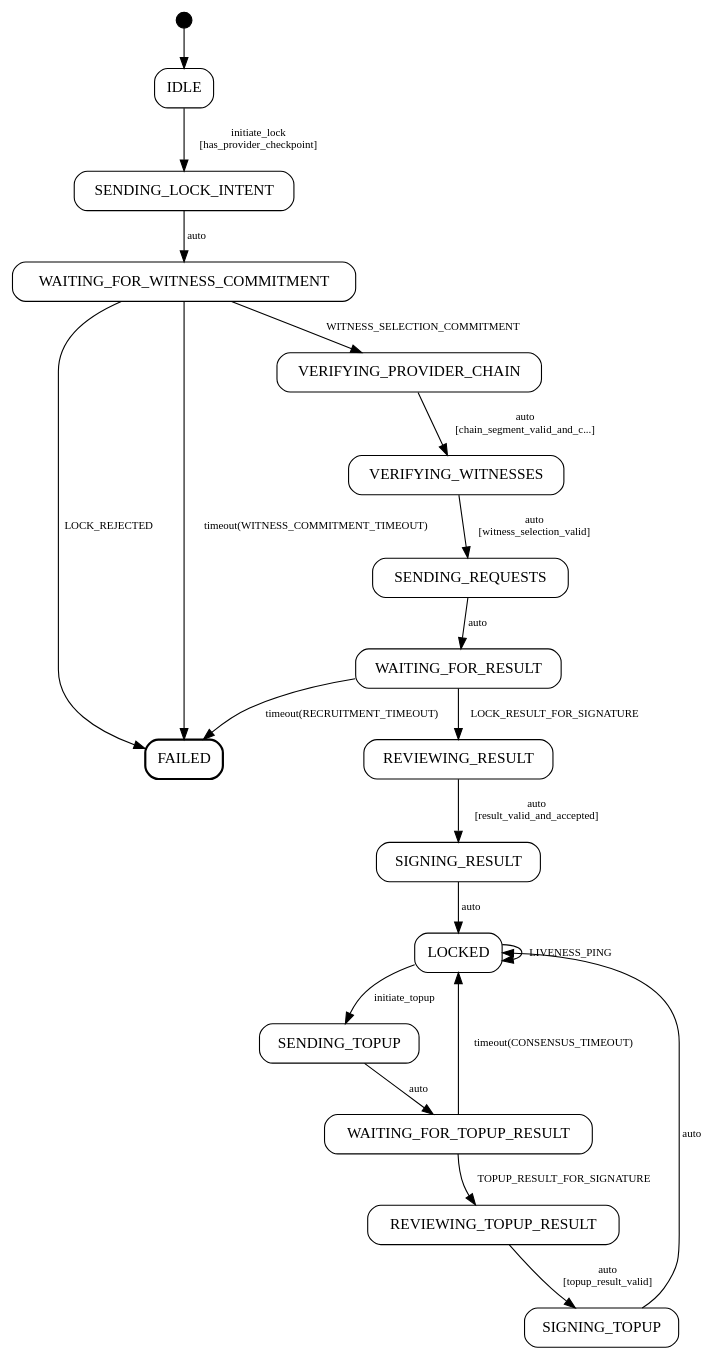
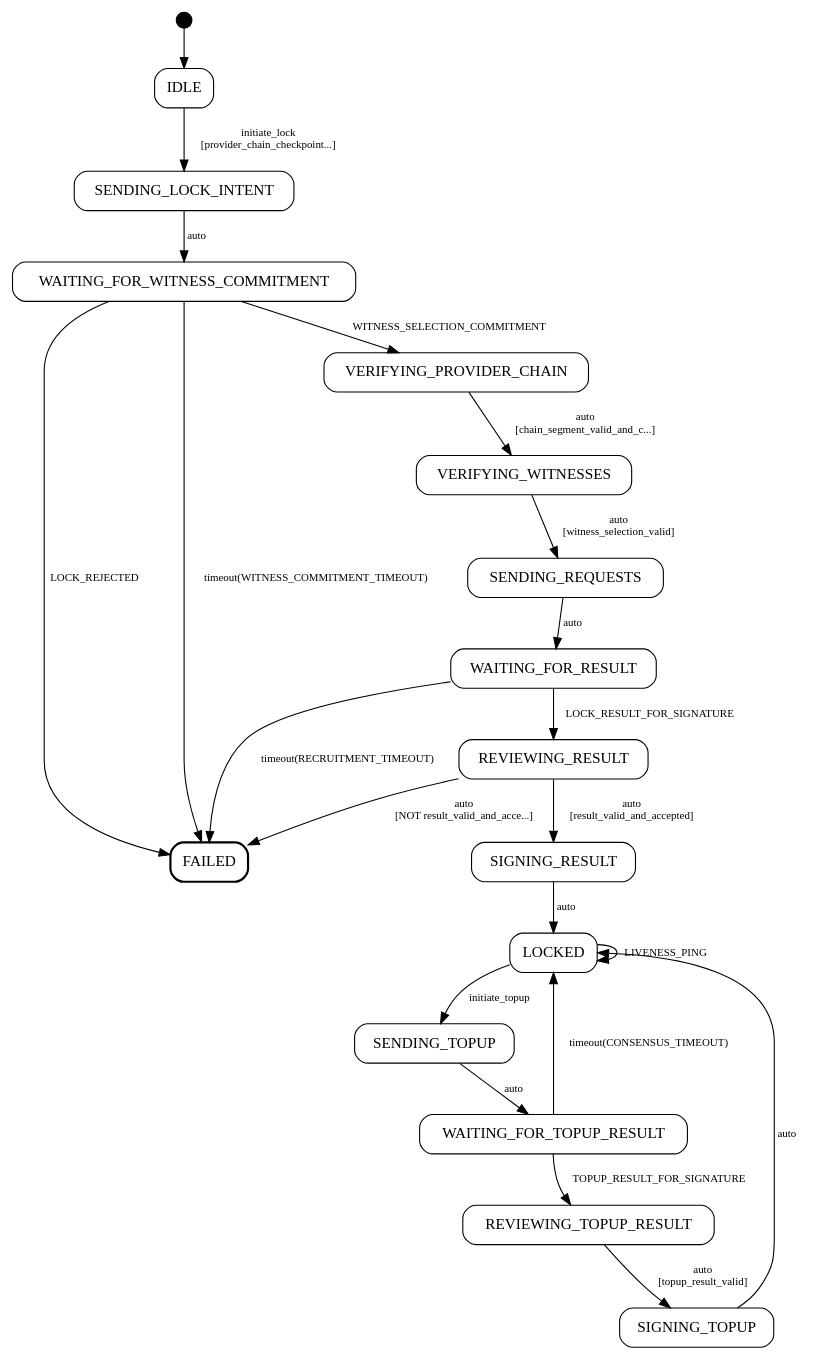
Before and after one commit to mjtomei/omerta_node: the diagram in docs/protocol/transactions/graphs/00_escrow_lock_consumer.dot, drawn with Graphviz. The commit also changed 24 other files, not shown here.

```diff
--- a/docs/protocol/transactions/graphs/00_escrow_lock_consumer.dot
+++ b/docs/protocol/transactions/graphs/00_escrow_lock_consumer.dot
@@ -1,30 +1,31 @@
 digraph {
     rankdir=TB;
     node [shape=box, style=rounded];
     edge [fontsize=10];
 
     __start__ [shape=point, width=0.2];
     __start__ -> IDLE;
 
     FAILED [shape=box, style="rounded,bold"];
 
-    IDLE -> SENDING_LOCK_INTENT [label="initiate_lock\n[has_provider_checkpoint]"];
+    IDLE -> SENDING_LOCK_INTENT [label="initiate_lock\n[provider_chain_checkpoint...]"];
     SENDING_LOCK_INTENT -> WAITING_FOR_WITNESS_COMMITMENT [label="auto"];
     WAITING_FOR_WITNESS_COMMITMENT -> VERIFYING_PROVIDER_CHAIN [label="WITNESS_SELECTION_COMMITMENT"];
     WAITING_FOR_WITNESS_COMMITMENT -> FAILED [label="LOCK_REJECTED"];
     WAITING_FOR_WITNESS_COMMITMENT -> FAILED [label="timeout(WITNESS_COMMITMENT_TIMEOUT)"];
     VERIFYING_PROVIDER_CHAIN -> VERIFYING_WITNESSES [label="auto\n[chain_segment_valid_and_c...]"];
     VERIFYING_WITNESSES -> SENDING_REQUESTS [label="auto\n[witness_selection_valid]"];
     SENDING_REQUESTS -> WAITING_FOR_RESULT [label="auto"];
     WAITING_FOR_RESULT -> REVIEWING_RESULT [label="LOCK_RESULT_FOR_SIGNATURE"];
     WAITING_FOR_RESULT -> FAILED [label="timeout(RECRUITMENT_TIMEOUT)"];
     REVIEWING_RESULT -> SIGNING_RESULT [label="auto\n[result_valid_and_accepted]"];
+    REVIEWING_RESULT -> FAILED [label="auto\n[NOT result_valid_and_acce...]"];
     SIGNING_RESULT -> LOCKED [label="auto"];
     LOCKED -> LOCKED [label="LIVENESS_PING"];
     LOCKED -> SENDING_TOPUP [label="initiate_topup"];
     SENDING_TOPUP -> WAITING_FOR_TOPUP_RESULT [label="auto"];
     WAITING_FOR_TOPUP_RESULT -> REVIEWING_TOPUP_RESULT [label="TOPUP_RESULT_FOR_SIGNATURE"];
     WAITING_FOR_TOPUP_RESULT -> LOCKED [label="timeout(CONSENSUS_TIMEOUT)"];
     REVIEWING_TOPUP_RESULT -> SIGNING_TOPUP [label="auto\n[topup_result_valid]"];
     SIGNING_TOPUP -> LOCKED [label="auto"];
 }
```
